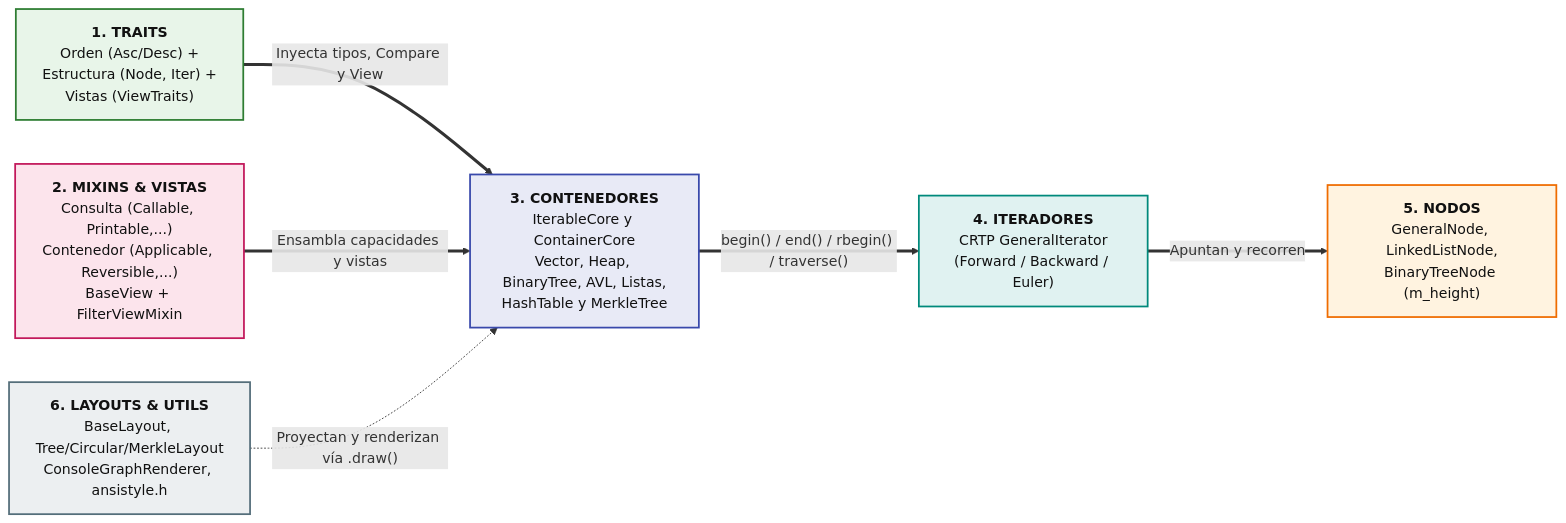
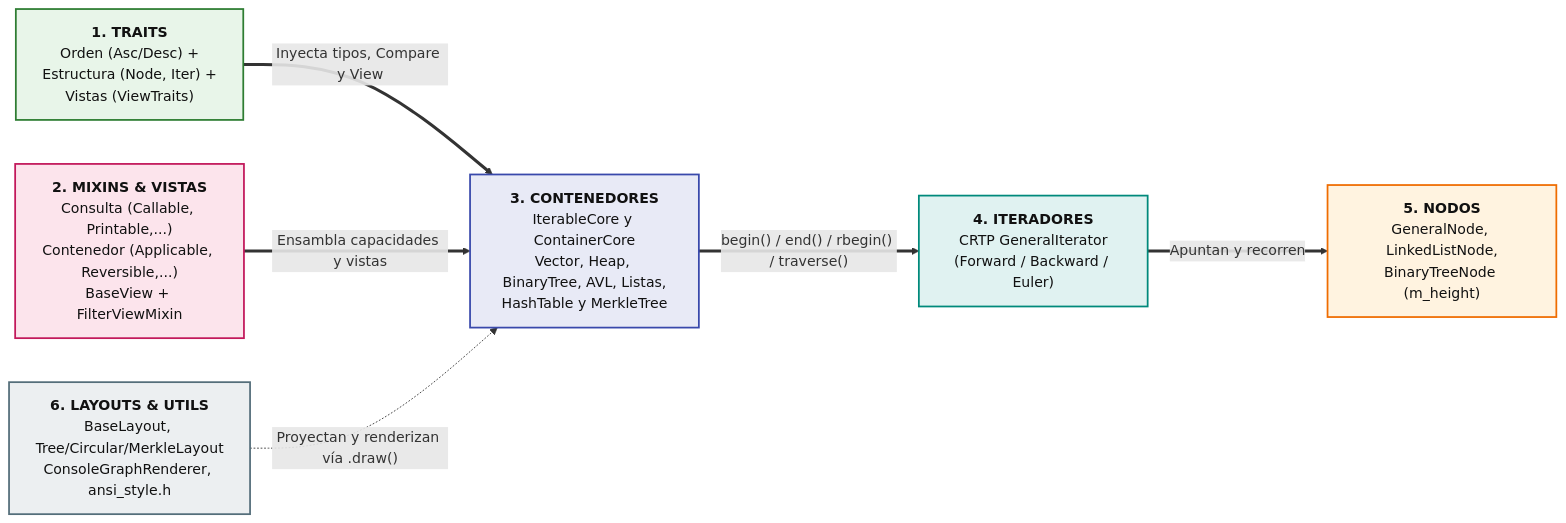
One commit to AldoLunaBueno/2026-II-CS-UNI-CC0E5-AEDAv changed the first of 11 diagrams in README.md. Above: the diagram before and after it, drawn with Mermaid. The commit also changed other lines of this file and 36 other files, not shown here.

Commit message:
refactor: uniformizar estructura y nombres de archivos de código y diagramas

````diff
--- a/README.md
+++ b/README.md
@@ -36,29 +36,29 @@
 ```mermaid
 flowchart LR
     TRAITS["<b>1. TRAITS</b><br/>Orden (Asc/Desc) +<br/>Estructura (Node, Iter) +<br/>Vistas (ViewTraits)"]
     MIXINS["<b>2. MIXINS & VISTAS</b><br/>Consulta (Callable, Printable,...)<br/>Contenedor (Applicable, Reversible,...)<br/>BaseView + FilterViewMixin"]
     CONT["<b>3. CONTENEDORES</b><br/>IterableCore y ContainerCore<br/>Vector, Heap, BinaryTree, AVL, Listas,<br/>HashTable y MerkleTree"]
     ITER["<b>4. ITERADORES</b><br/>CRTP GeneralIterator<br/>(Forward / Backward / Euler)"]
     NODOS["<b>5. NODOS</b><br/>GeneralNode, LinkedListNode,<br/>BinaryTreeNode (m_height)"]
-    LIBRES["<b>6. LAYOUTS & UTILS</b><br/>BaseLayout, Tree/Circular/MerkleLayout<br/>ConsoleGraphRenderer, ansistyle.h"]
+    LIBRES["<b>6. LAYOUTS & UTILS</b><br/>BaseLayout, Tree/Circular/MerkleLayout<br/>ConsoleGraphRenderer, ansi_style.h"]
 
     TRAITS ==>|"Inyecta tipos, Compare y View"| CONT
     MIXINS ==>|"Ensambla capacidades y vistas"| CONT
     CONT ==>|"begin() / end() / rbegin() / traverse()"| ITER
     ITER ==>|"Apuntan y recorren"| NODOS
     LIBRES -.->|"Proyectan y renderizan vía .draw()"| CONT
 
     classDef c1 fill:#E8EAF6,stroke:#3949AB,color:#111,stroke-width:2px;
     classDef c2 fill:#FCE4EC,stroke:#C2185B,color:#111,stroke-width:2px;
     classDef c3 fill:#E0F2F1,stroke:#00897B,color:#111,stroke-width:2px;
     classDef c4 fill:#FFF3E0,stroke:#EF6C00,color:#111,stroke-width:2px;
     classDef c5 fill:#E8F5E9,stroke:#2E7D32,color:#111,stroke-width:2px;
     classDef c6 fill:#ECEFF1,stroke:#546E7A,color:#111,stroke-width:2px;
 
     class CONT c1
     class MIXINS c2
     class ITER c3
     class NODOS c4
     class TRAITS c5
     class LIBRES c6
 ```
````
